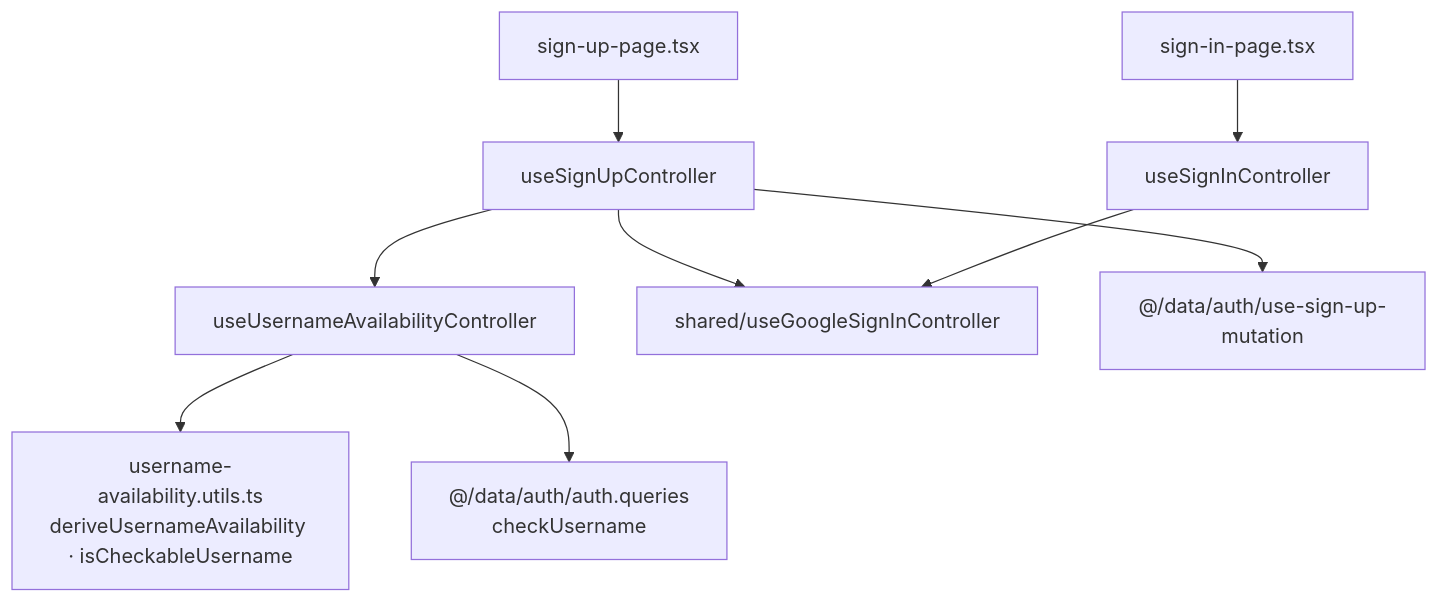
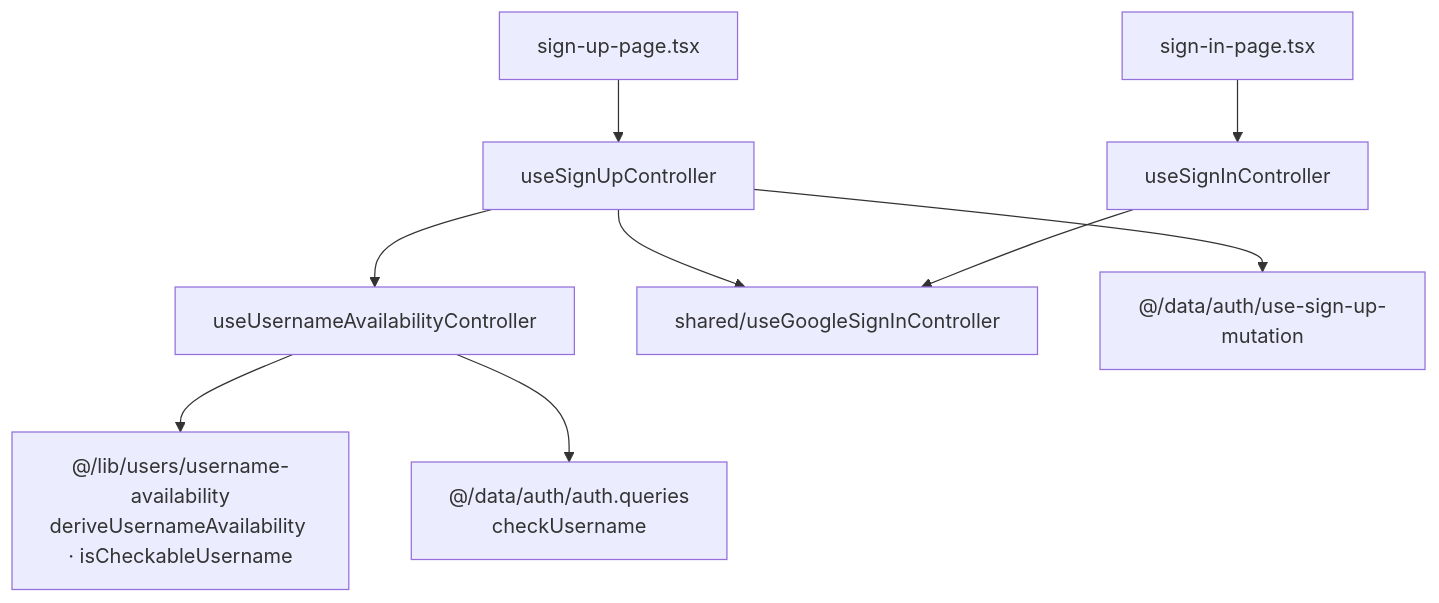
One commit to Abbas4tech/GhostMsg changed the third of 3 diagrams in docs/agents/source-structure.md. Above: the diagram before and after it, drawn with Mermaid. The commit also changed other lines of this file and 34 other files, not shown here.

Commit message:
feat: add OpenAPI specification, generated API schemas, and comprehensive documentation adrs

````diff
--- a/docs/agents/source-structure.md
+++ b/docs/agents/source-structure.md
@@ -170,11 +183,11 @@
 ```mermaid
 flowchart TB
     SUP["sign-up-page.tsx"] --> SU["useSignUpController"]
     SIP["sign-in-page.tsx"] --> SI["useSignInController"]
     SU --> UA["useUsernameAvailabilityController"]
     SU --> G["shared/useGoogleSignInController"]
     SI --> G
-    UA --> UAU["username-availability.utils.ts<br/>deriveUsernameAvailability · isCheckableUsername"]
+    UA --> UAU["@/lib/users/username-availability<br/>deriveUsernameAvailability · isCheckableUsername"]
     UA --> AQ["@/data/auth/auth.queries<br/>checkUsername"]
     SU --> SM["@/data/auth/use-sign-up-mutation"]
 ```
````
